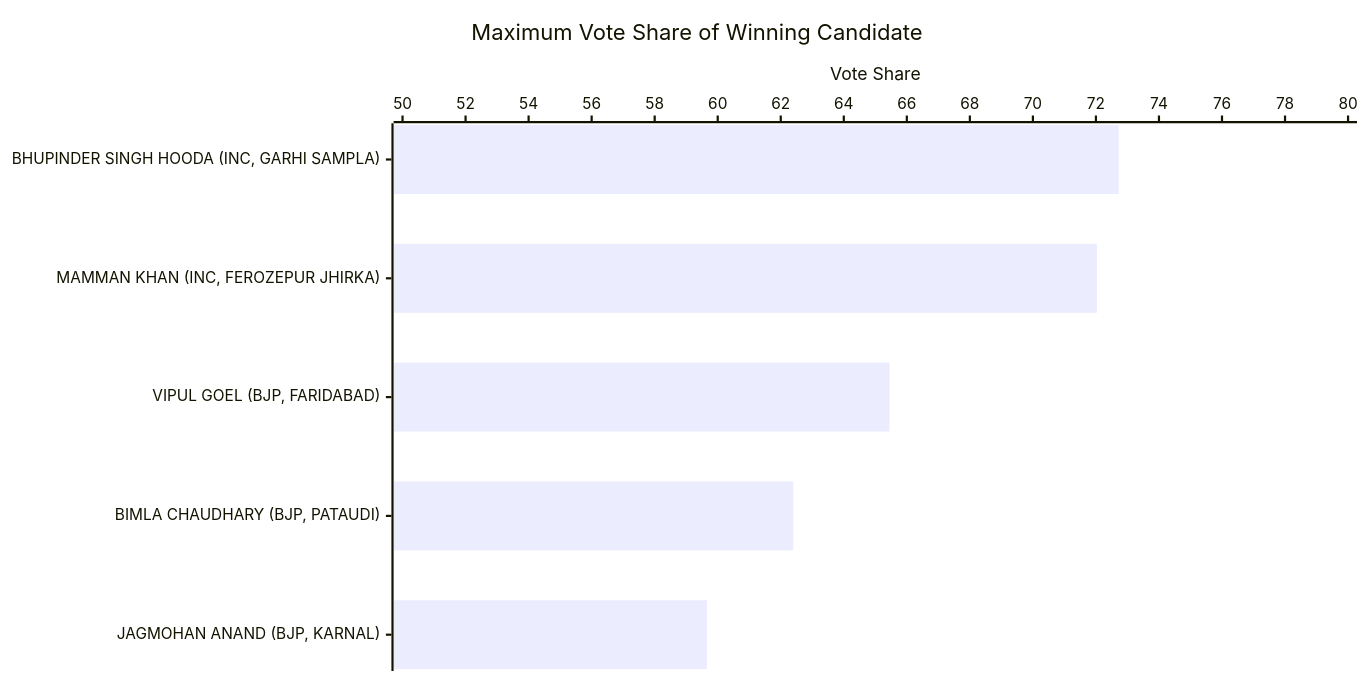
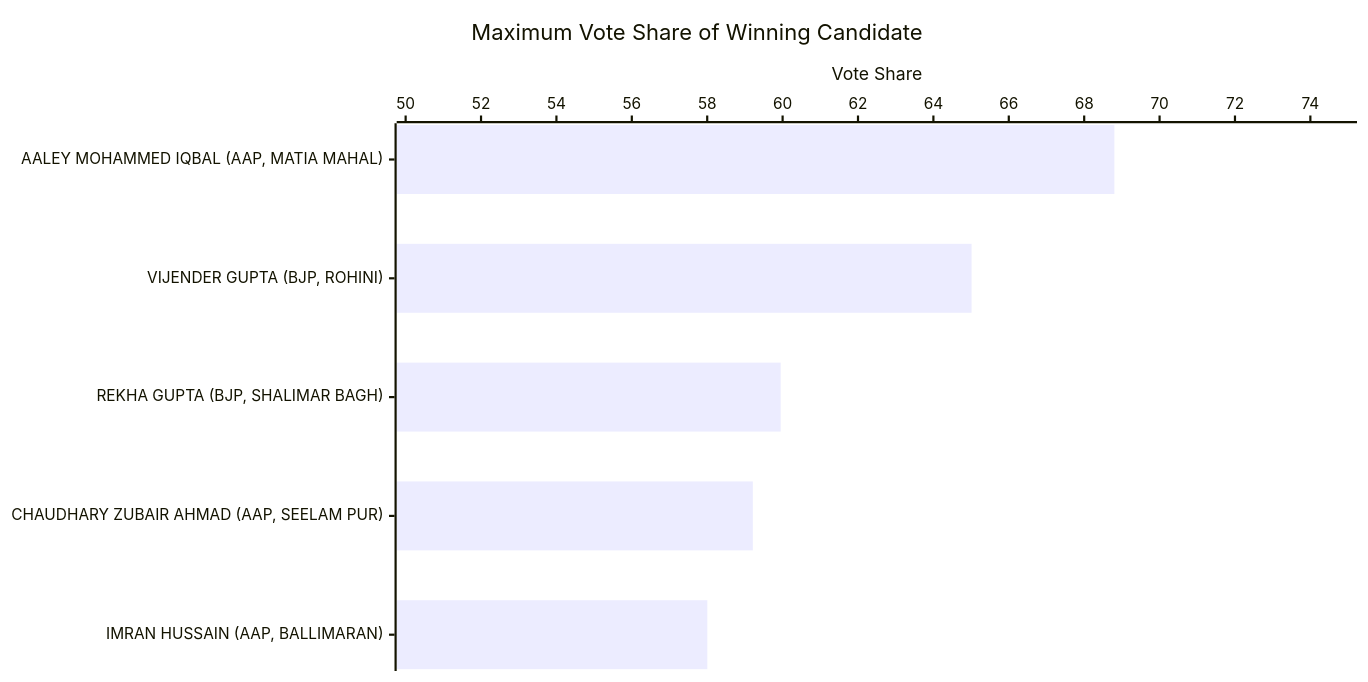
Diagram 12 of 19 in NEWDELHI-GRAPH.md (arjunswaj/elections), drawn with Mermaid before and after one commit. The commit also changed other lines of this file, not shown here.

Commit message:
Updating the Graphical format

````diff
--- a/NEWDELHI-GRAPH.md
+++ b/NEWDELHI-GRAPH.md
@@ -222,14 +225,14 @@
 ```mermaid
 ---
 config:
     xyChart:
         width: 1200
         height: 600
         chartOrientation: horizontal
 ---
 xychart-beta
     title "Maximum Vote Share of Winning Candidate"
-    x-axis ["BHUPINDER SINGH HOODA (INC, GARHI SAMPLA)", "MAMMAN KHAN (INC, FEROZEPUR JHIRKA)", "VIPUL GOEL (BJP, FARIDABAD)", "BIMLA CHAUDHARY (BJP, PATAUDI)", "JAGMOHAN ANAND (BJP, KARNAL)"]
-    y-axis "Vote Share" 50 --> 80
-    bar [72.7239, 72.0317, 65.4504, 62.3961, 59.6576]
+    x-axis ["AALEY MOHAMMED IQBAL (AAP, MATIA MAHAL)", "VIJENDER GUPTA (BJP, ROHINI)", "REKHA GUPTA (BJP, SHALIMAR BAGH)", "CHAUDHARY ZUBAIR AHMAD (AAP, SEELAM PUR)", "IMRAN HUSSAIN (AAP, BALLIMARAN)"]
+    y-axis "Vote Share" 50 --> 75
+    bar [68.8014, 65.0125, 59.9487, 59.2094, 58.0034]
 ```
````
